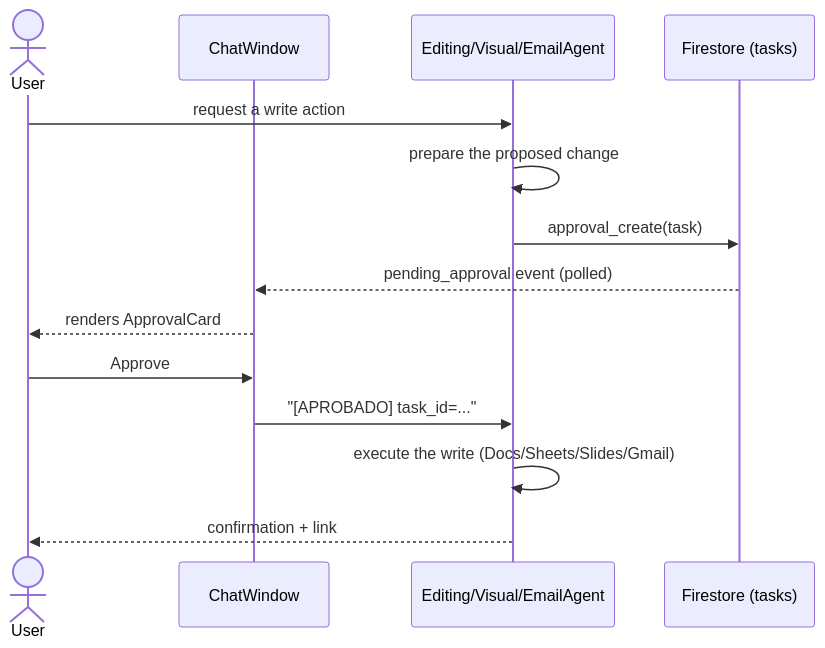
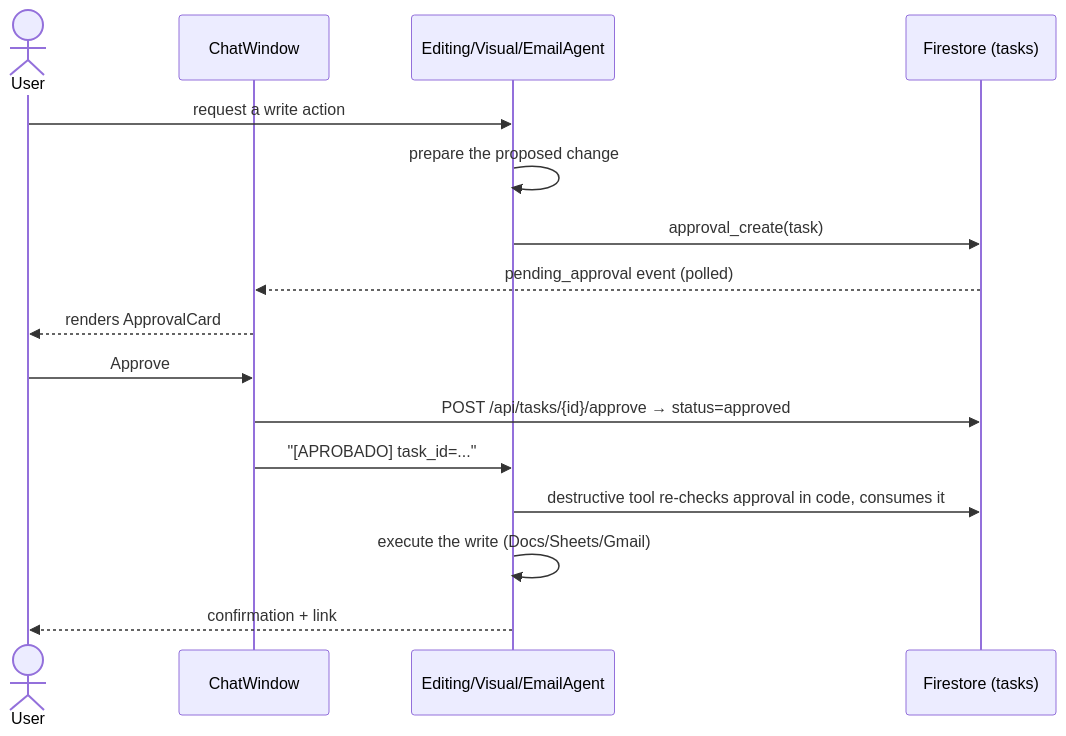
One commit to sandboxkeralty/keralty-agent changed the second of 2 diagrams in README.md. Above: the diagram before and after it, drawn with Mermaid. The commit also changed other lines of this file and 1 other file, not shown here.

````diff
--- a/README.md
+++ b/README.md
@@ -105,17 +105,19 @@
 ```mermaid
 sequenceDiagram
     actor User
     participant Chat as ChatWindow
     participant Agent as Editing/Visual/EmailAgent
     participant FS as Firestore (tasks)
 
     User->>Agent: request a write action
     Agent->>Agent: prepare the proposed change
     Agent->>FS: approval_create(task)
     FS-->>Chat: pending_approval event (polled)
     Chat-->>User: renders ApprovalCard
     User->>Chat: Approve
+    Chat->>FS: POST /api/tasks/{id}/approve → status=approved
     Chat->>Agent: "[APROBADO] task_id=..."
-    Agent->>Agent: execute the write (Docs/Sheets/Slides/Gmail)
+    Agent->>FS: destructive tool re-checks approval in code, consumes it
+    Agent->>Agent: execute the write (Docs/Sheets/Gmail)
     Agent-->>User: confirmation + link
 ```
````
